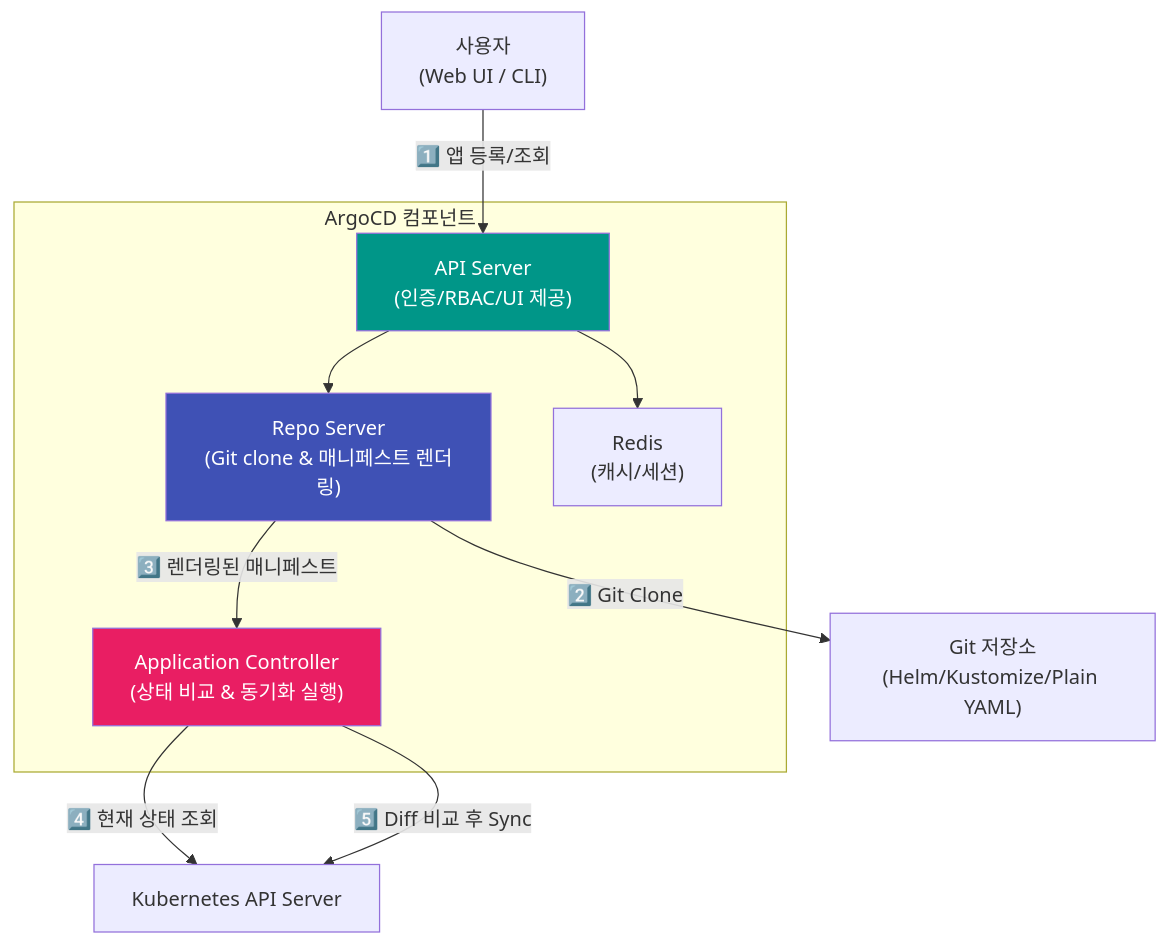
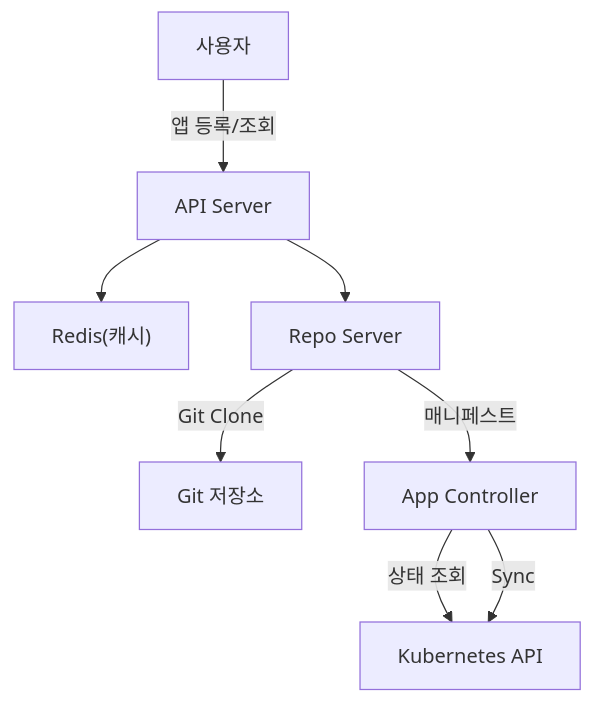
The third of 7 diagrams in _posts/cicd/2026-05-03-gitops-argocd.md (yjkim2015/yjkim2015.github.io), drawn with Mermaid before and after one commit. The commit also changed other lines of this file and 215 other files, not shown here.

First line of the commit message:
신규 포스트 10개 추가 + Mermaid 전면 축소 + SystemDesign 시리즈 보강

````diff
--- a/_posts/cicd/2026-05-03-gitops-argocd.md
+++ b/_posts/cicd/2026-05-03-gitops-argocd.md
@@ -95,25 +91,10 @@
 ```mermaid
 graph TB
-    subgraph "ArgoCD 컴포넌트"
-        API["API Server<br/>(인증/RBAC/UI 제공)"]
-        REPO["Repo Server<br/>(Git clone & 매니페스트 렌더링)"]
-        CTRL["Application Controller<br/>(상태 비교 & 동기화 실행)"]
-        REDIS["Redis<br/>(캐시/세션)"]
-    end
-
-    GIT["Git 저장소<br/>(Helm/Kustomize/Plain YAML)"]
-    K8S["Kubernetes API Server"]
-    USER["사용자<br/>(Web UI / CLI)"]
-
-    USER -->|"1️⃣ 앱 등록/조회"| API
-    API --> REDIS
-    API --> REPO
-    REPO -->|"2️⃣ Git Clone"| GIT
-    REPO -->|"3️⃣ 렌더링된 매니페스트"| CTRL
-    CTRL -->|"4️⃣ 현재 상태 조회"| K8S
-    CTRL -->|"5️⃣ Diff 비교 후 Sync"| K8S
-
-    style CTRL fill:#E91E63,color:#fff
-    style REPO fill:#3F51B5,color:#fff
-    style API fill:#009688,color:#fff
+    USER["사용자"] -->|"앱 등록/조회"| API["API Server"]
+    API --> REDIS["Redis(캐시)"]
+    API --> REPO["Repo Server"]
+    REPO -->|"Git Clone"| GIT["Git 저장소"]
+    REPO -->|"매니페스트"| CTRL["App Controller"]
+    CTRL -->|"상태 조회"| K8S["Kubernetes API"]
+    CTRL -->|"Sync"| K8S
 ```
````
